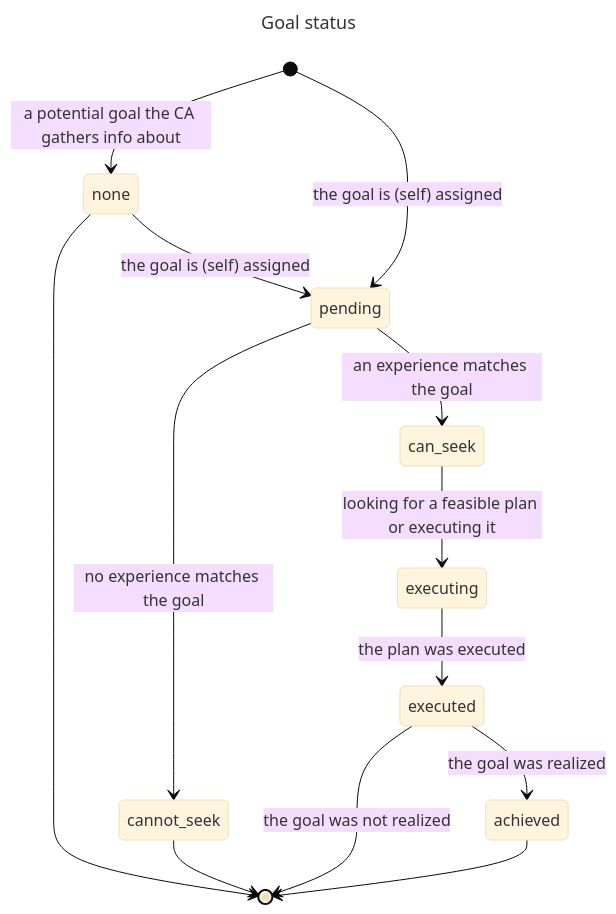
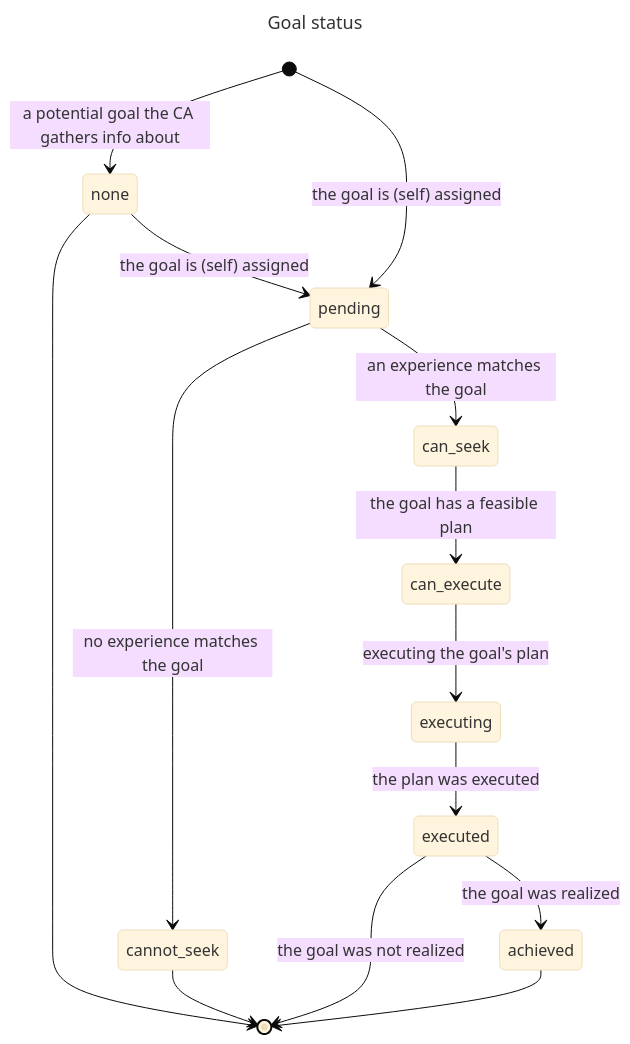
One commit to jfcloutier/karma_system changed the first of 2 diagrams in design_notes/acting.md. Above: the diagram before and after it, drawn with Mermaid (base theme). The commit also changed other lines of this file, not shown here.

Commit message:
added can_execute goal status

````diff
--- a/design_notes/acting.md
+++ b/design_notes/acting.md
@@ -249,18 +250,19 @@
 ```mermaid
 ---
 title: Goal status
 ---
 stateDiagram-v2
     [*] --> none : a potential goal the CA gathers info about
     none --> pending : the goal is (self) assigned
     [*] --> pending : the goal is (self) assigned
     none --> [*]
     pending --> can_seek : an experience matches the goal
     pending --> cannot_seek: no experience matches the goal
     cannot_seek --> [*]
-    can_seek --> executing : looking for a feasible plan or executing it
+    can_seek --> can_execute : the goal has a feasible plan
+    can_execute --> executing : executing the goal's plan
     executing --> executed : the plan was executed
     executed --> achieved : the goal was realized
     executed --> [*] : the goal was not realized
     achieved --> [*]
 ```  
````
